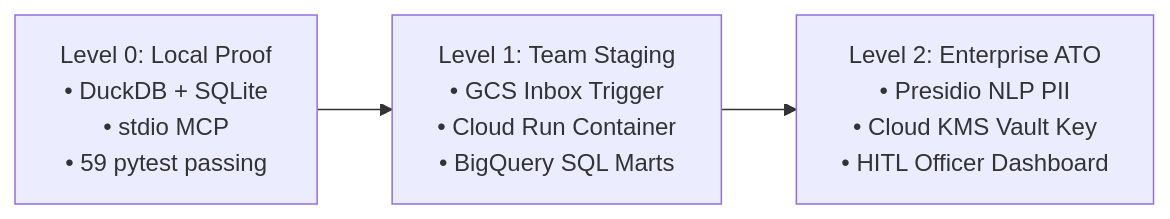
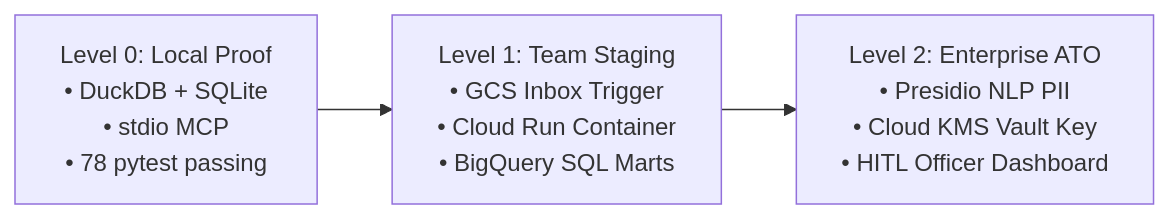
Before and after one commit to khaosans/operator-etl: the second of 2 diagrams in docs/Operator-ETL-White-Paper.md, drawn with Mermaid. The commit also changed other lines of this file and 57 other files, not shown here.

````diff
--- a/docs/Operator-ETL-White-Paper.md
+++ b/docs/Operator-ETL-White-Paper.md
@@ -582,5 +582,5 @@
 ```mermaid
 flowchart LR
-    L0["Level 0: Local Proof<br/>• DuckDB + SQLite<br/>• stdio MCP<br/>• 59 pytest passing"] --> L1["Level 1: Team Staging<br/>• GCS Inbox Trigger<br/>• Cloud Run Container<br/>• BigQuery SQL Marts"]
+    L0["Level 0: Local Proof<br/>• DuckDB + SQLite<br/>• stdio MCP<br/>• 78 pytest passing"] --> L1["Level 1: Team Staging<br/>• GCS Inbox Trigger<br/>• Cloud Run Container<br/>• BigQuery SQL Marts"]
     L1 --> L2["Level 2: Enterprise ATO<br/>• Presidio NLP PII<br/>• Cloud KMS Vault Key<br/>• HITL Officer Dashboard"]
 ```
````
